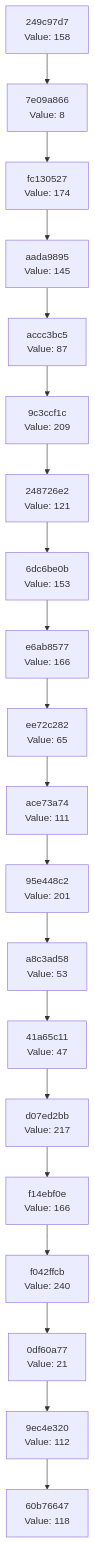
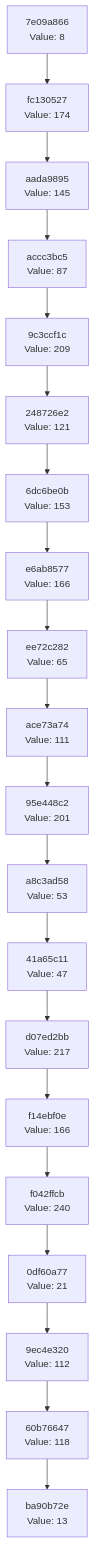
One commit to Abhisheksinha1506/hash-chain-evolver changed the diagram in docs/CHAIN_VISUALIZATION.md. Above: the diagram before and after it, drawn with Mermaid. The commit also changed 2 other files, not shown here.

Commit message:
Evolution step: hash 0x0D → action executed

````diff
--- a/docs/CHAIN_VISUALIZATION.md
+++ b/docs/CHAIN_VISUALIZATION.md
@@ -3,42 +3,42 @@
 ```mermaid
 graph TD
-    C0["60b76647<br/>Value: 118"]
-    C1["9ec4e320<br/>Value: 112"]
+    C0["ba90b72e<br/>Value: 13"]
+    C1["60b76647<br/>Value: 118"]
     C1 --> C0
-    C2["0df60a77<br/>Value: 21"]
+    C2["9ec4e320<br/>Value: 112"]
     C2 --> C1
-    C3["f042ffcb<br/>Value: 240"]
+    C3["0df60a77<br/>Value: 21"]
     C3 --> C2
-    C4["f14ebf0e<br/>Value: 166"]
+    C4["f042ffcb<br/>Value: 240"]
     C4 --> C3
-    C5["d07ed2bb<br/>Value: 217"]
+    C5["f14ebf0e<br/>Value: 166"]
     C5 --> C4
-    C6["41a65c11<br/>Value: 47"]
+    C6["d07ed2bb<br/>Value: 217"]
     C6 --> C5
-    C7["a8c3ad58<br/>Value: 53"]
+    C7["41a65c11<br/>Value: 47"]
     C7 --> C6
-    C8["95e448c2<br/>Value: 201"]
+    C8["a8c3ad58<br/>Value: 53"]
     C8 --> C7
-    C9["ace73a74<br/>Value: 111"]
+    C9["95e448c2<br/>Value: 201"]
     C9 --> C8
-    C10["ee72c282<br/>Value: 65"]
+    C10["ace73a74<br/>Value: 111"]
     C10 --> C9
-    C11["e6ab8577<br/>Value: 166"]
+    C11["ee72c282<br/>Value: 65"]
     C11 --> C10
-    C12["6dc6be0b<br/>Value: 153"]
+    C12["e6ab8577<br/>Value: 166"]
     C12 --> C11
-    C13["248726e2<br/>Value: 121"]
+    C13["6dc6be0b<br/>Value: 153"]
     C13 --> C12
-    C14["9c3ccf1c<br/>Value: 209"]
+    C14["248726e2<br/>Value: 121"]
     C14 --> C13
-    C15["accc3bc5<br/>Value: 87"]
+    C15["9c3ccf1c<br/>Value: 209"]
     C15 --> C14
-    C16["aada9895<br/>Value: 145"]
+    C16["accc3bc5<br/>Value: 87"]
     C16 --> C15
-    C17["fc130527<br/>Value: 174"]
+    C17["aada9895<br/>Value: 145"]
     C17 --> C16
-    C18["7e09a866<br/>Value: 8"]
+    C18["fc130527<br/>Value: 174"]
     C18 --> C17
-    C19["249c97d7<br/>Value: 158"]
+    C19["7e09a866<br/>Value: 8"]
     C19 --> C18
 ```
````
